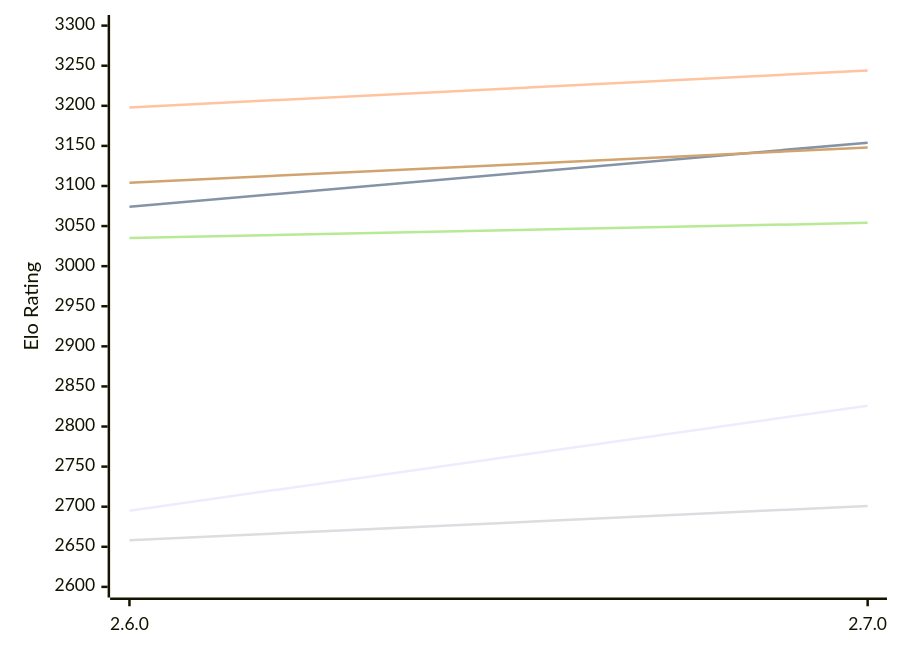
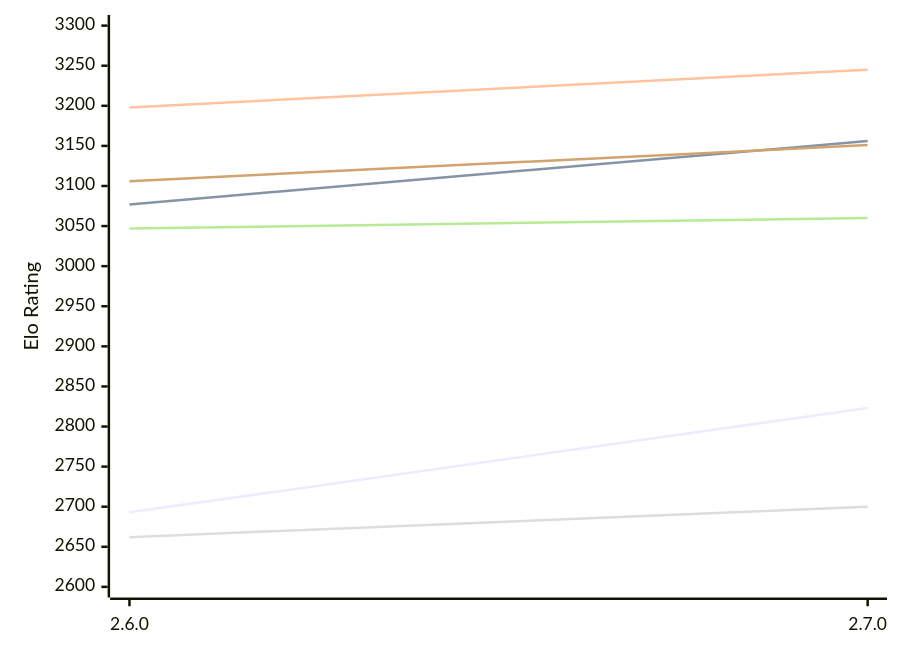
The first of 2 diagrams in engines/Sturddle2.md (computer-chess-index/cci), drawn with Mermaid before and after one commit. The commit also changed other lines of this file, not shown here.

Commit message:
Update CCI Ratings (ELO VLTC) - 2026-11-17

````diff
--- a/engines/Sturddle2.md
+++ b/engines/Sturddle2.md
@@ -51,12 +51,12 @@
 ```mermaid
 %%{init: {"theme":"base","themeVariables":{"seriesColors:['#a3a3a3','#222221','#faa371']}}}%%
 xychart-beta
   x-axis ["2.6.0", "2.7.0"]
   y-axis "Elo Rating" 2600 --> 3300
-  line "E1: STC (8.0+0.08s)" [2695, 2826]
-  line "E1: LTC (60.0+0.60s)" [3074, 3154]
-  line "E1: VLTC (2m24s+1.12s)" [3198, 3244]
-  line "P1: STC (8.0+0.08s)" [2658, 2701]
-  line "P1: LTC (60.0+0.60s)" [3035, 3054]
-  line "P1: VLTC (2m24s+1.12s)" [3104, 3148]
+  line "E1: STC (8.0+0.08s)" [2693, 2823]
+  line "E1: LTC (60.0+0.60s)" [3077, 3156]
+  line "E1: VLTC (2m24s+1.12s)" [3198, 3245]
+  line "P1: STC (8.0+0.08s)" [2662, 2700]
+  line "P1: LTC (60.0+0.60s)" [3047, 3060]
+  line "P1: VLTC (2m24s+1.12s)" [3106, 3151]
 ```
````
